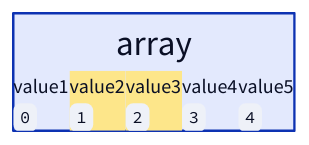
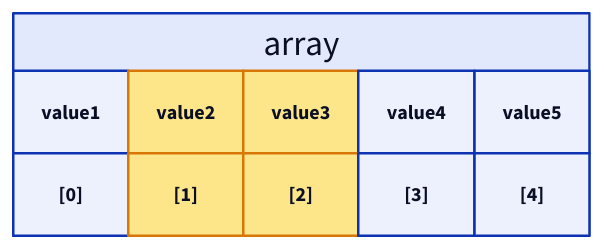
One commit to ani2fun/note-book changed diagram 12 of 19 in src/computer-science/DSA/data-structures/1.arrays/01-introduction.md. Above: the diagram before and after it, drawn with D2. The commit also changed other lines of this file, not shown here.

````diff
--- a/src/computer-science/DSA/data-structures/1.arrays/01-introduction.md
+++ b/src/computer-science/DSA/data-structures/1.arrays/01-introduction.md
@@ -543,21 +539,17 @@
 ```d2
 arr: array {
+  grid-rows: 2
   grid-columns: 5
   grid-gap: 0
-  v1: |md
-    value1<br/>`0`
-  |
-  v2: |md
-    value2<br/>`1`
-  | {style.fill: "#fde68a"; style.stroke: "#d97706"}
-  v3: |md
-    value3<br/>`2`
-  | {style.fill: "#fde68a"; style.stroke: "#d97706"}
-  v4: |md
-    value4<br/>`3`
-  |
-  v5: |md
-    value5<br/>`4`
-  |
+  v1: value1
+  v2: value2 {style.fill: "#fde68a"; style.stroke: "#d97706"}
+  v3: value3 {style.fill: "#fde68a"; style.stroke: "#d97706"}
+  v4: value4
+  v5: value5
+  i0: "[0]"
+  i1: "[1]" {style.fill: "#fde68a"; style.stroke: "#d97706"}
+  i2: "[2]" {style.fill: "#fde68a"; style.stroke: "#d97706"}
+  i3: "[3]"
+  i4: "[4]"
 }
 ```
````
